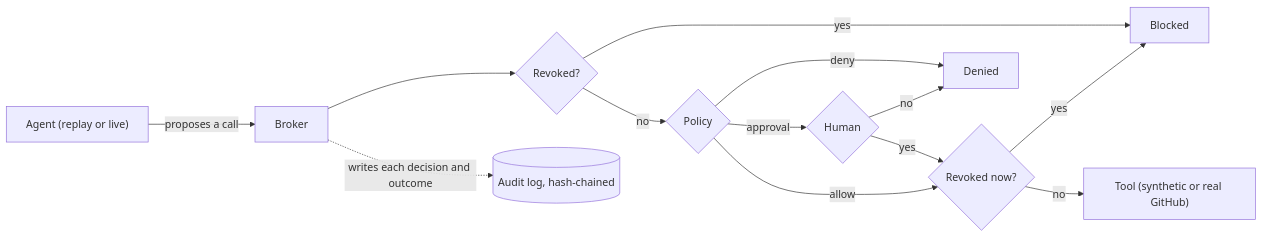
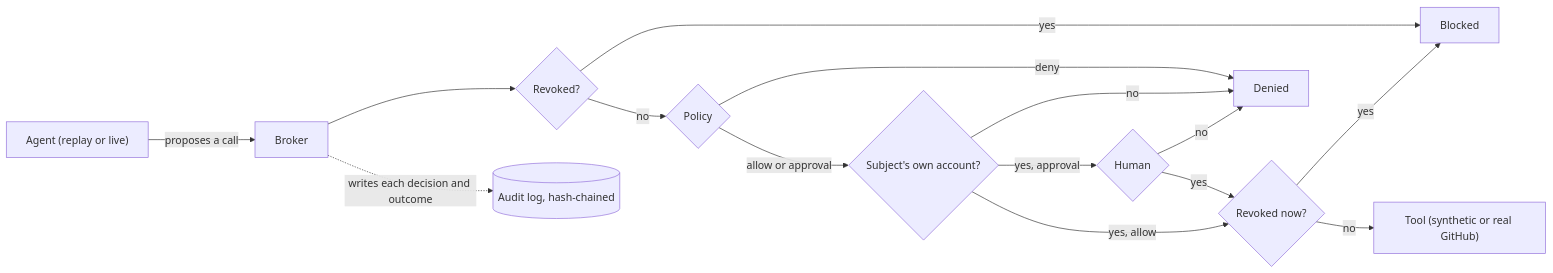
One commit to mahdi-al-hakim/warden changed the diagram in docs/architecture.md. Above: the diagram before and after it, drawn with Mermaid. The commit also changed other lines of this file and 26 other files, not shown here.

````diff
--- a/docs/architecture.md
+++ b/docs/architecture.md
@@ -13,15 +13,17 @@
 ```mermaid
 flowchart LR
   A["Agent (replay or live)"] -->|proposes a call| B[Broker]
   B --> C{Revoked?}
   C -->|yes| X[Blocked]
   C -->|no| D{Policy}
   D -->|deny| Y[Denied]
-  D -->|approval| E{Human}
+  D -->|allow or approval| S{Subject's own account?}
+  S -->|no| Y
+  S -->|yes, approval| E{Human}
   E -->|no| Y
   E -->|yes| F{Revoked now?}
-  D -->|allow| F
+  S -->|yes, allow| F
   F -->|yes| X
   F -->|no| G["Tool (synthetic or real GitHub)"]
   B -. writes each decision and outcome .-> L[("Audit log, hash-chained")]
 ```
````
